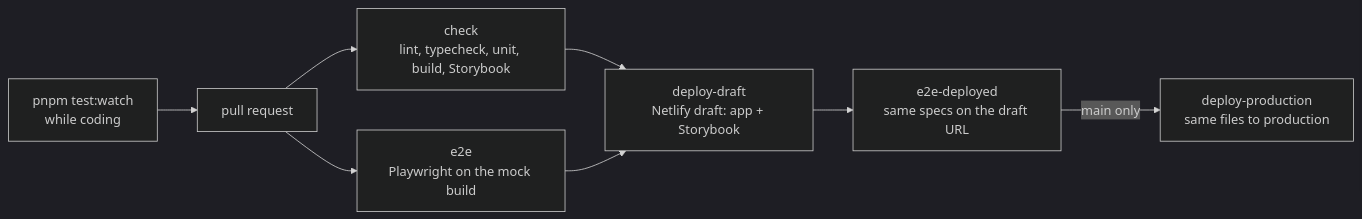
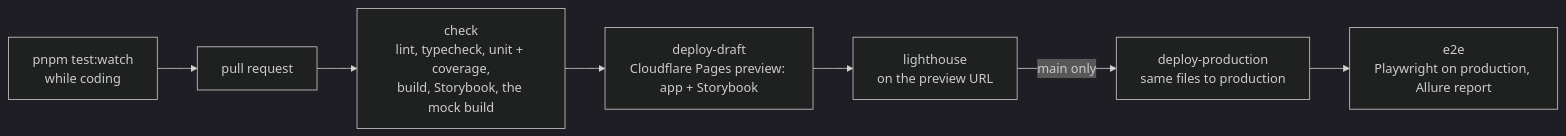
Before and after one commit to loiphan-agilityio/web-dev-plugin: the fourth of 4 diagrams in DESIGN.md, drawn with Mermaid (dark theme). The commit also changed other lines of this file and 23 other files, not shown here.

First line of the commit message:
feat(deploy-setup): set up the boilerplate's CI/CD and Cloudflare Pages deploy (0.9.0)

````diff
--- a/DESIGN.md
+++ b/DESIGN.md
@@ -133,10 +136,9 @@
 ```mermaid
 flowchart LR
   W["pnpm test:watch<br/>while coding"] --> PR["pull request"]
-  PR --> CK["check<br/>lint, typecheck, unit, build, Storybook"]
-  PR --> E2["e2e<br/>Playwright on the mock build"]
-  CK --> DP["deploy-draft<br/>Netlify draft: app + Storybook"]
-  E2 --> DP
-  DP --> ED["e2e-deployed<br/>same specs on the draft URL"]
-  ED -->|"main only"| PM["deploy-production<br/>same files to production"]
+  PR --> CK["check<br/>lint, typecheck, unit + coverage,<br/>build, Storybook, the mock build"]
+  CK --> DP["deploy-draft<br/>Cloudflare Pages preview: app + Storybook"]
+  DP --> LH["lighthouse<br/>on the preview URL"]
+  LH -->|"main only"| PM["deploy-production<br/>same files to production"]
+  PM --> E2["e2e<br/>Playwright on production, Allure report"]
 ```
````
